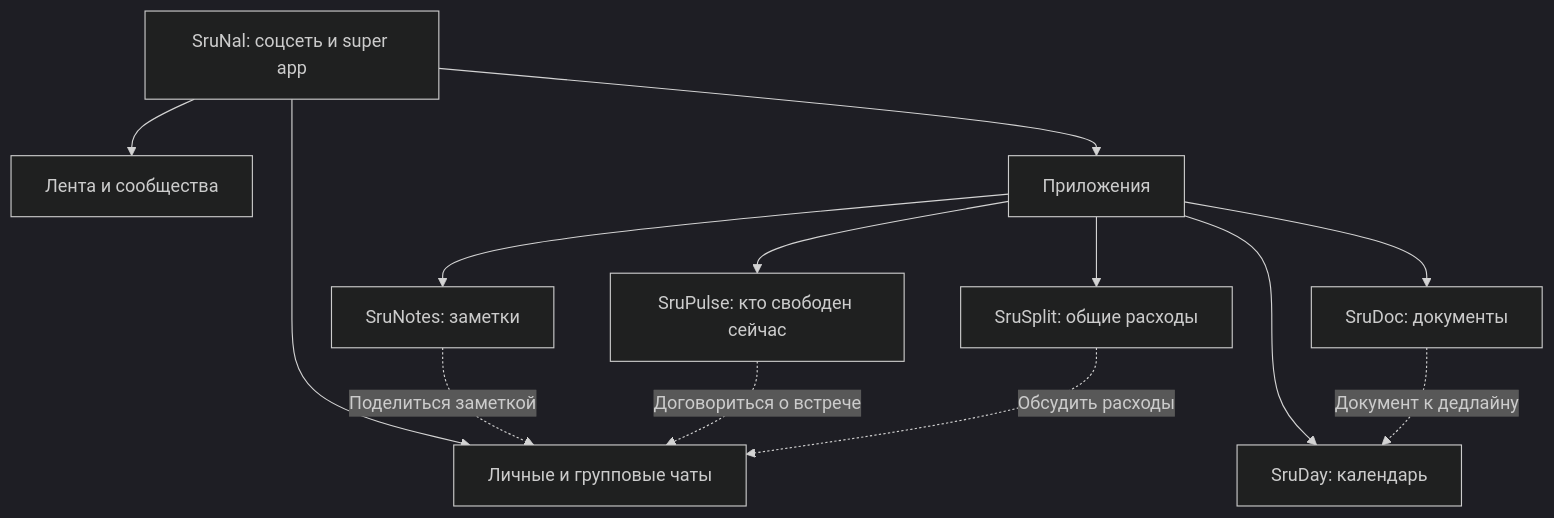
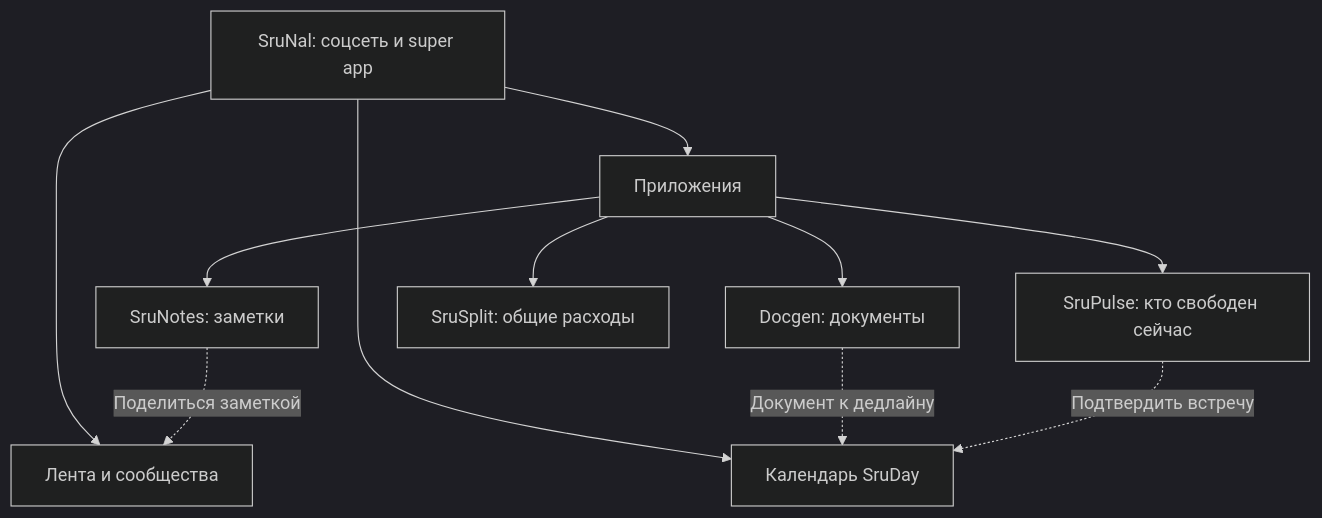
The diagram in docs/01-product.md (danii1kq/super-app_telegram-mini-app), drawn with Mermaid (dark theme) before and after one commit. The commit also changed other lines of this file and 11 other files, not shown here.

Commit message:
docs: align super app architecture with feed and calendar navigation

````diff
--- a/docs/01-product.md
+++ b/docs/01-product.md
@@ -9,16 +9,14 @@
 ```mermaid
 flowchart TB
     S[SruNal: соцсеть и super app]
     S --> F[Лента и сообщества]
-    S --> C[Личные и групповые чаты]
+    S --> Y[Календарь SruDay]
     S --> A[Приложения]
-    A --> D[SruDoc: документы]
-    A --> Y[SruDay: календарь]
+    A --> D[Docgen: документы]
     A --> P[SruPulse: кто свободен сейчас]
     A --> N[SruNotes: заметки]
     A --> E[SruSplit: общие расходы]
     D -. Документ к дедлайну .-> Y
-    N -. Поделиться заметкой .-> C
-    P -. Договориться о встрече .-> C
-    E -. Обсудить расходы .-> C
+    N -. Поделиться заметкой .-> F
+    P -. Подтвердить встречу .-> Y
 ```
````
